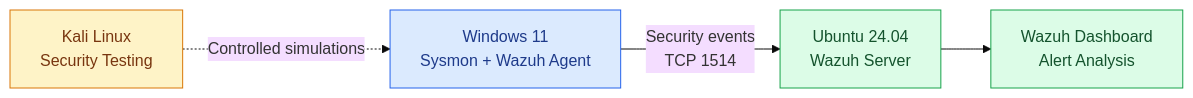
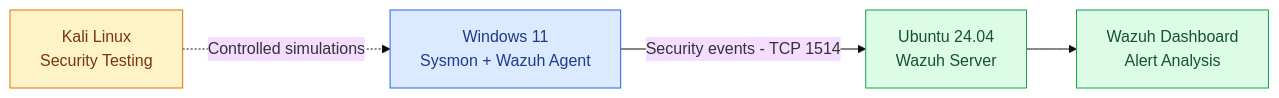
Before and after one commit to nins-nin/siem-detection-lab: the diagram in README.md, drawn with Mermaid (base theme). The commit also changed other lines of this file, not shown here.

````diff
--- a/README.md
+++ b/README.md
@@ -63,37 +31,19 @@
 ```mermaid
-
 flowchart LR
-
     K["Kali Linux<br/>Security Testing"]
-
     W["Windows 11<br/>Sysmon + Wazuh Agent"]
-
     S["Ubuntu 24.04<br/>Wazuh Server"]
-
     D["Wazuh Dashboard<br/>Alert Analysis"]
 
-
-
-    K -.->|"Controlled simulations"| W
-
-    W -->|"Security events<br/>TCP 1514"| S
-
+    K -.->|Controlled simulations| W
+    W -->|Security events - TCP 1514| S
     S --> D
 
-
-
     classDef testing fill:#fef3c7,stroke:#d97706,color:#78350f
-
     classDef endpoint fill:#dbeafe,stroke:#2563eb,color:#1e3a8a
-
     classDef server fill:#dcfce7,stroke:#16a34a,color:#14532d
 
-
-
     class K testing
-
     class W endpoint
-
     class S,D server
-
 ```
````
